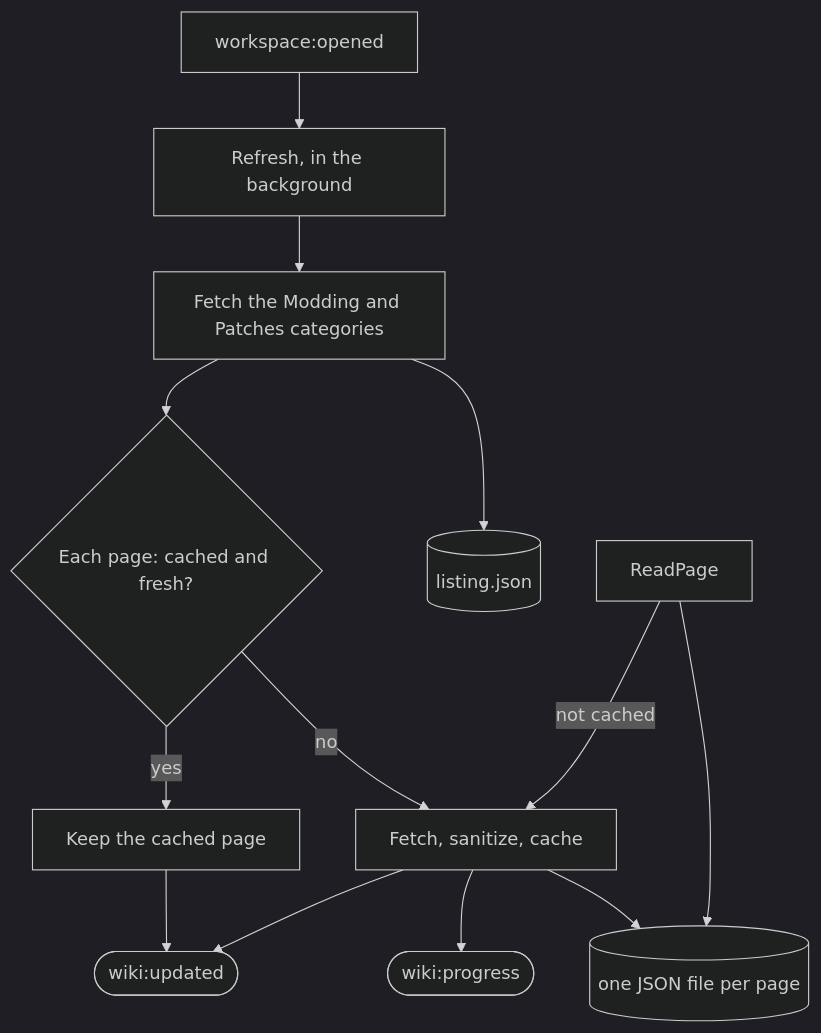
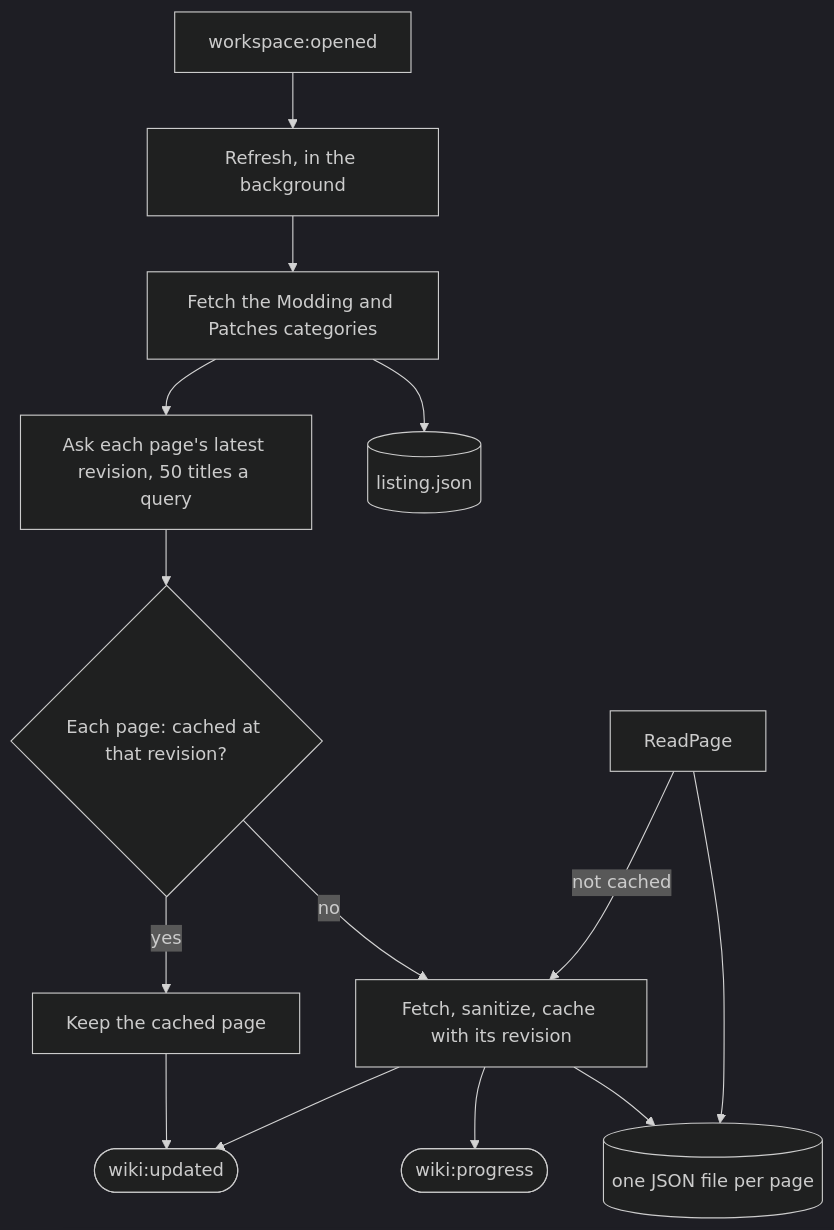
One commit to idodavis/paradox-modding-tools changed the diagram in services/wiki/README.md. Above: the diagram before and after it, drawn with Mermaid (dark theme). The commit also changed other lines of this file and 120 other files, not shown here.

````diff
--- a/services/wiki/README.md
+++ b/services/wiki/README.md
@@ -24,15 +16,16 @@
 ```mermaid
 flowchart TD
   opened["workspace:opened"] --> refresh["Refresh, in the background"]
   refresh --> listing["Fetch the Modding and Patches categories"]
   listing --> saved[("listing.json")]
-  listing --> stale{"Each page: cached and fresh?"}
-  stale -->|no| fetch["Fetch, sanitize, cache"]
+  listing --> revisions["Ask each page's latest revision, 50 titles a query"]
+  revisions --> stale{"Each page: cached at that revision?"}
+  stale -->|no| fetch["Fetch, sanitize, cache with its revision"]
   fetch --> pages[("one JSON file per page")]
   fetch --> progress(["wiki:progress"])
   stale -->|yes| skip["Keep the cached page"]
   fetch --> updated(["wiki:updated"])
   skip --> updated
   read["ReadPage"] --> pages
   read -->|not cached| fetch
 ```
````
